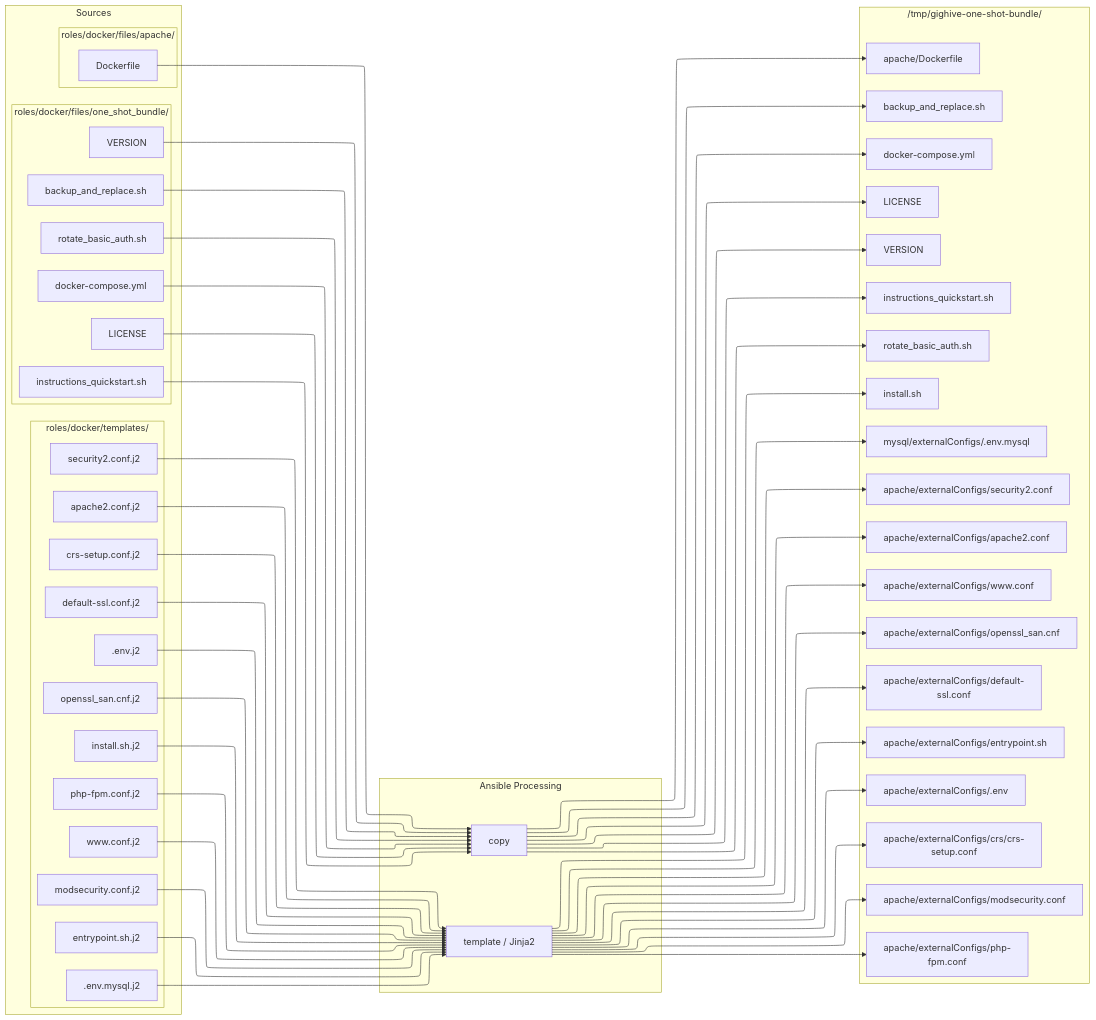
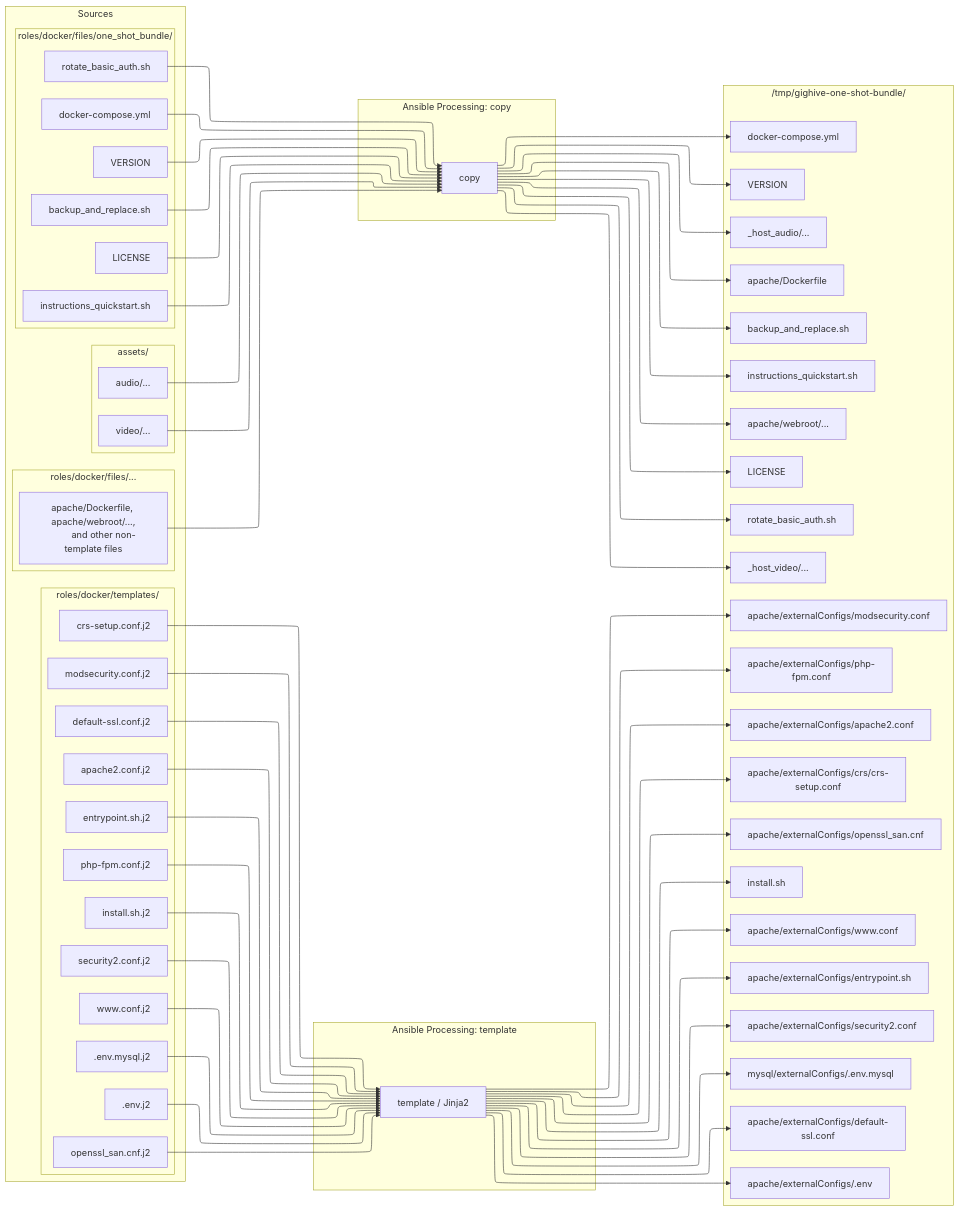
The diagram in docs/process_one_shot_bundle_assembly_flow.md (gighive/gighive), drawn with Mermaid before and after one commit. The commit also changed 4 other files, not shown here.

````diff
--- a/docs/process_one_shot_bundle_assembly_flow.md
+++ b/docs/process_one_shot_bundle_assembly_flow.md
@@ -42,18 +42,25 @@
         t12["www.conf.j2"]
         t13["crs-setup.conf.j2"]
   end
- subgraph APACHESRC["roles/docker/files/apache/"]
-        s7["Dockerfile"]
+ subgraph FILESSRC["roles/docker/files/..."]
+        s7["apache/Dockerfile, apache/webroot/...,
+        and other non-template files"]
+  end
+ subgraph ASSETSSRC["assets/"]
+        a1["audio/..."]
+        a2["video/..."]
   end
  subgraph COL1["Sources"]
     direction TB
         OSB
         TMPLSRC
-        APACHESRC
+        FILESSRC
+        ASSETSSRC
   end
- subgraph COL2["Ansible Processing"]
-    direction TB
+ subgraph COL2A["Ansible Processing: template"]
         RENDER["template / Jinja2"]
+  end
+ subgraph COL2B["Ansible Processing: copy"]
         COPY["copy"]
   end
  subgraph COL3["/tmp/gighive-one-shot-bundle/"]
@@ -77,6 +84,9 @@
         d17["backup_and_replace.sh"]
         d18["rotate_basic_auth.sh"]
         d19["instructions_quickstart.sh"]
+        d20["apache/webroot/..."]
+        d21["_host_audio/..."]
+        d22["_host_video/..."]
   end
     t1 --> RENDER
     RENDER --> d1 & d4 & d5 & d6 & d7 & d8 & d9 & d10 & d11 & d12 & d13 & d14
@@ -99,4 +109,7 @@
     s5 --> COPY
     s6 --> COPY
     s7 --> COPY
+    a1 --> COPY
+    a2 --> COPY
+    COPY --> d20 & d21 & d22
 ```
````
